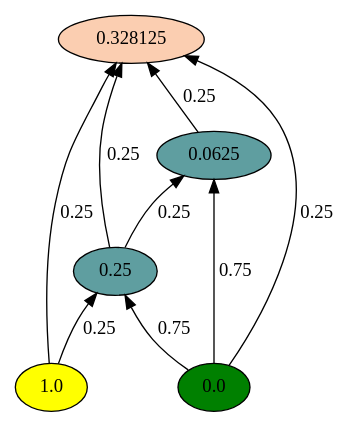
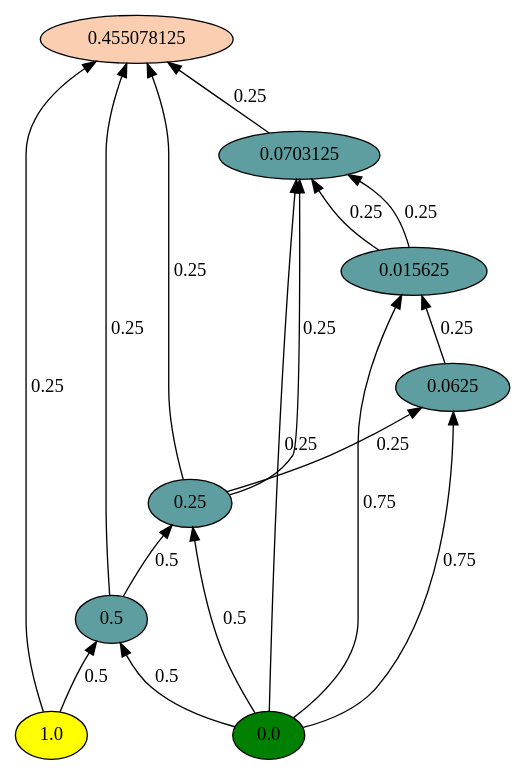
Before and after one commit to iitramar/guiTool: the diagram in GuiTool/image/Vospa/VospaDot.dot, drawn with Graphviz. The commit also changed 48 other files, not shown here.

```diff
--- a/GuiTool/image/Vospa/VospaDot.dot
+++ b/GuiTool/image/Vospa/VospaDot.dot
@@ -1,22 +1,39 @@
 digraph G {
 rankdir = BT;
 compound=true;
 1.0[style=filled, fillcolor=yellow];
-1.0->0.25[label=0.25];
+1.0->0.5[label=0.5];
 0.0[style=filled, fillcolor=green];
-0.0->0.25[label=0.75];
+0.0->0.5[label=0.5];
+0.5->0.25[label=0.5];
+0.0[style=filled, fillcolor=green];
+0.0->0.25[label=0.5];
 0.25->0.0625[label=0.25];
 0.0[style=filled, fillcolor=green];
 0.0->0.0625[label=0.75];
-0.328125 [style=filled, fillcolor=white];
-1.0->0.328125[label=0.25];
-0.328125 [style=filled, fillcolor=white];
-0.25->0.328125[label=0.25];
-0.328125 [style=filled, fillcolor=white];
-0.0625->0.328125[label=0.25];
-0.328125 [style=filled, fillcolor=white];
-0.0->0.328125[label=0.25];
-0.328125 [style=filled, fillcolor="#FBCEB1"];
+0.0625->0.015625[label=0.25];
+0.0[style=filled, fillcolor=green];
+0.0->0.015625[label=0.75];
+0.0703125 [style=filled, fillcolor=white];
+0.25->0.0703125[label=0.25];
+0.0703125 [style=filled, fillcolor=white];
+0.015625->0.0703125[label=0.25];
+0.0703125 [style=filled, fillcolor=white];
+0.015625->0.0703125[label=0.25];
+0.0703125 [style=filled, fillcolor=white];
+0.0->0.0703125[label=0.25];
+0.0703125[style=filled, fillcolor="#5F9EA0"];
+0.455078125 [style=filled, fillcolor=white];
+1.0->0.455078125[label=0.25];
+0.455078125 [style=filled, fillcolor=white];
+0.5->0.455078125[label=0.25];
+0.455078125 [style=filled, fillcolor=white];
+0.25->0.455078125[label=0.25];
+0.455078125 [style=filled, fillcolor=white];
+0.0703125->0.455078125[label=0.25];
+0.455078125 [style=filled, fillcolor="#FBCEB1"];
+0.015625[style=filled, fillcolor="#5F9EA0"];
 0.0625[style=filled, fillcolor="#5F9EA0"];
 0.25[style=filled, fillcolor="#5F9EA0"];
+0.5[style=filled, fillcolor="#5F9EA0"];
 }
```
